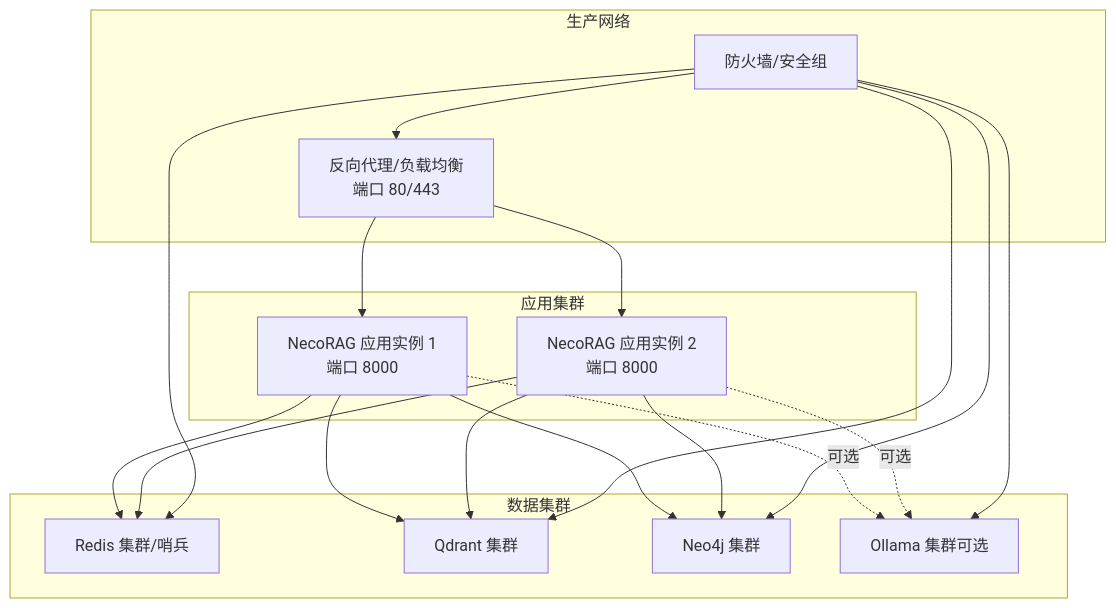
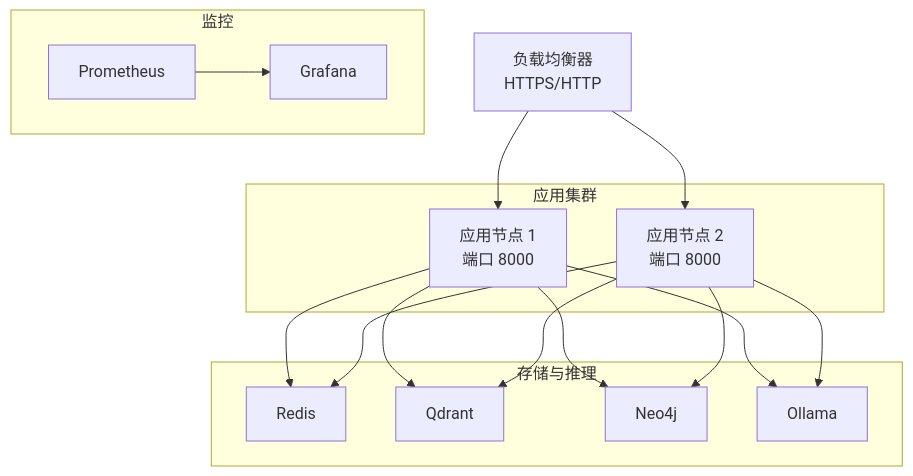
The second of 5 diagrams in .qoder/repowiki/zh/content/部署与运维/生产环境配置.md (JieGaoPrinceton/NecoRAG), drawn with Mermaid before and after one commit. The commit also changed other lines of this file and 181 other files, not shown here.

````diff
--- a/.qoder/repowiki/zh/content/部署与运维/生产环境配置.md
+++ b/.qoder/repowiki/zh/content/部署与运维/生产环境配置.md
@@ -82,32 +82,29 @@
 ```mermaid
 graph TB
-subgraph "生产网络"
-LB["反向代理/负载均衡<br/>端口 80/443"]
-SEC["防火墙/安全组"]
+LB["负载均衡器<br/>HTTPS/HTTP"]
+subgraph "应用集群"
+APP1["应用节点 1<br/>端口 8000"]
+APP2["应用节点 2<br/>端口 8000"]
 end
-subgraph "应用集群"
-APP1["NecoRAG 应用实例 1<br/>端口 8000"]
-APP2["NecoRAG 应用实例 2<br/>端口 8000"]
+subgraph "存储与推理"
+REDIS["Redis"]
+QDRANT["Qdrant"]
+NEO4J["Neo4j"]
+OLLAMA["Ollama"]
 end
-subgraph "数据集群"
-REDIS["Redis 集群/哨兵"]
-QDRANT["Qdrant 集群"]
-NEO4J["Neo4j 集群"]
-OLLAMA["Ollama 集群可选"]
+subgraph "监控"
+PROM["Prometheus"]
+GRAFANA["Grafana"]
 end
 LB --> APP1
 LB --> APP2
 APP1 --> REDIS
 APP1 --> QDRANT
 APP1 --> NEO4J
+APP1 --> OLLAMA
 APP2 --> REDIS
 APP2 --> QDRANT
 APP2 --> NEO4J
-APP1 -.可选.-> OLLAMA
-APP2 -.可选.-> OLLAMA
-SEC --> LB
-SEC --> REDIS
-SEC --> QDRANT
-SEC --> NEO4J
-SEC --> OLLAMA
+APP2 --> OLLAMA
+PROM --> GRAFANA
 ```
````
